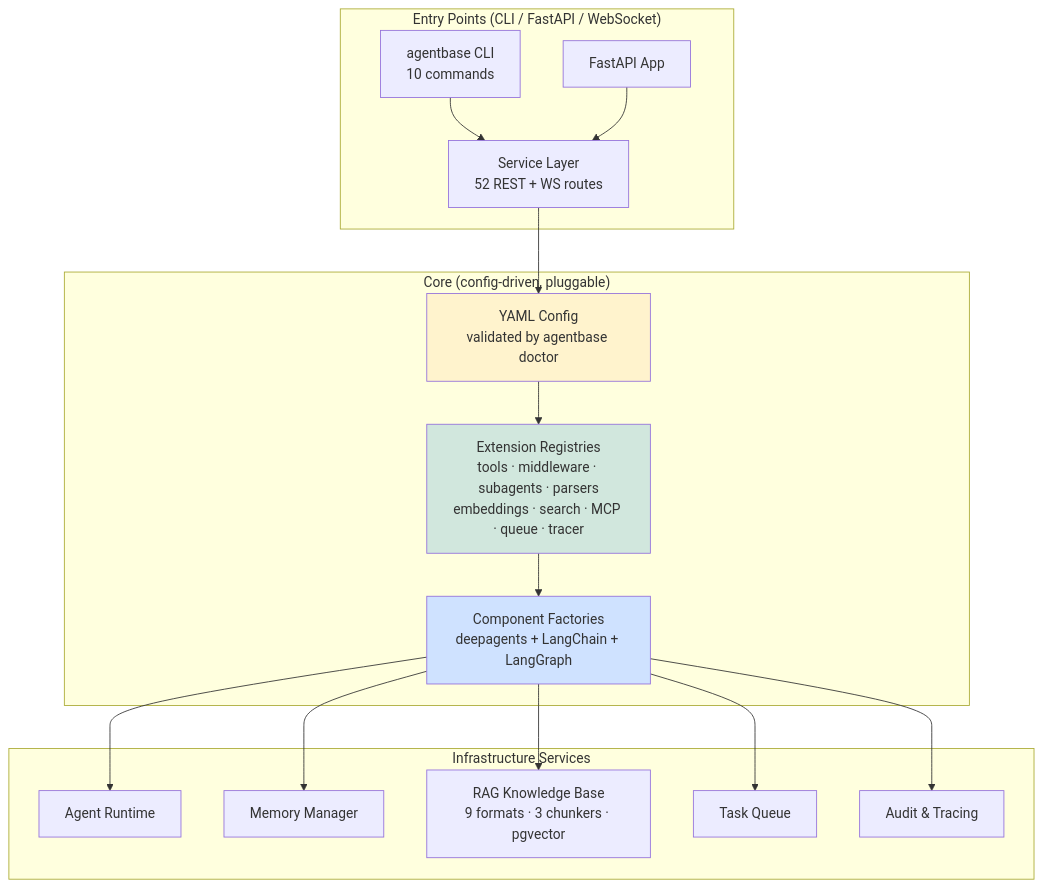
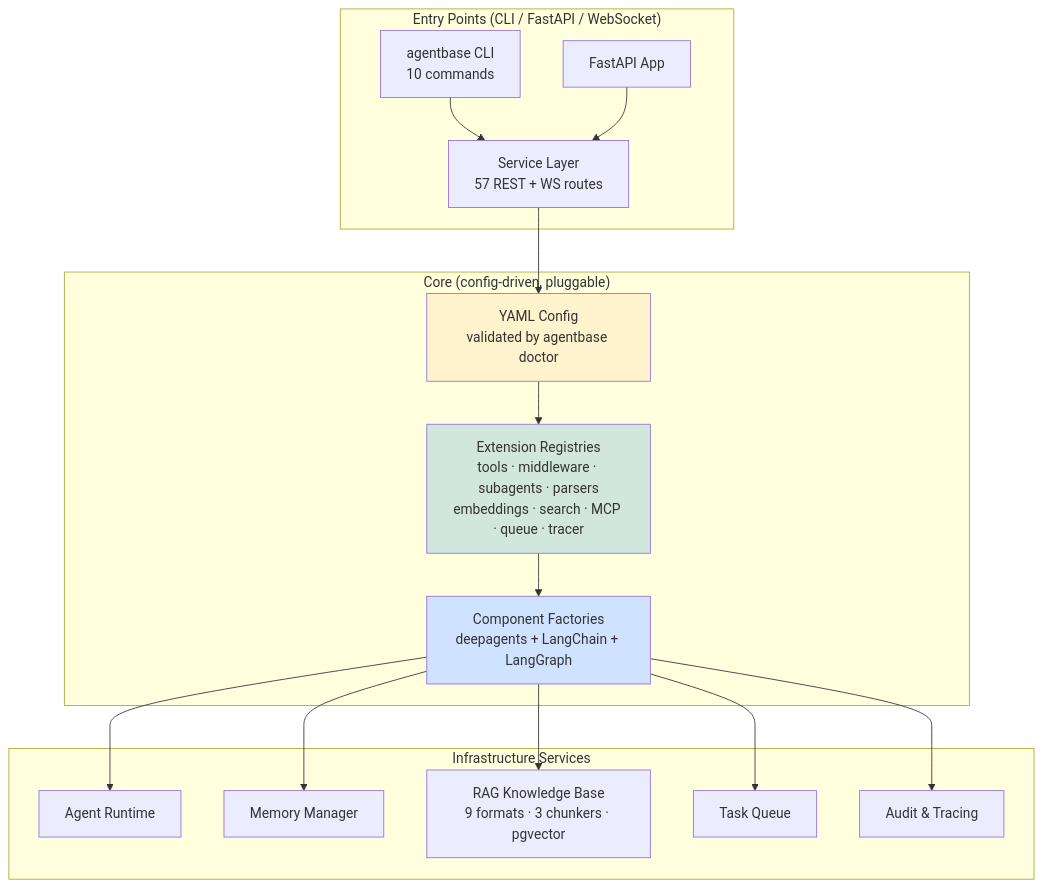
Before and after one commit to LPK3215/agentbase: the diagram in README.md, drawn with Mermaid. The commit also changed other lines of this file and 6 other files, not shown here.

````diff
--- a/README.md
+++ b/README.md
@@ -34,25 +34,25 @@
 ```mermaid
 graph TD
     subgraph "Entry Points (CLI / FastAPI / WebSocket)"
-        A[agentbase CLI<br/>10 commands] --> C[Service Layer<br/>52 REST + WS routes]
+        A[agentbase CLI<br/>10 commands] --> C[Service Layer<br/>57 REST + WS routes]
         B[FastAPI App] --> C
     end
 
     subgraph "Core (config-driven, pluggable)"
         C --> D[YAML Config<br/>validated by agentbase doctor]
         D --> E[Extension Registries<br/>tools · middleware · subagents · parsers<br/>embeddings · search · MCP · queue · tracer]
         E --> F[Component Factories<br/>deepagents + LangChain + LangGraph]
     end
 
     subgraph "Infrastructure Services"
         F --> G[Agent Runtime]
         F --> H[Memory Manager]
         F --> I[RAG Knowledge Base<br/>9 formats · 3 chunkers · pgvector]
         F --> J[Task Queue]
         F --> K[Audit & Tracing]
     end
 
     style D fill:#fff3cd
     style E fill:#d1e7dd
     style F fill:#cfe2ff
 ```
````
